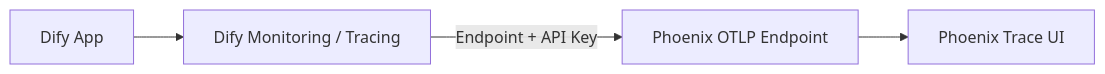
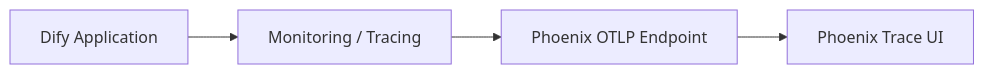
One commit to sgfd-ui/internship changed the third of 15 diagrams in weekly-report/phoenix-langfuse-research.md. Above: the diagram before and after it, drawn with Mermaid. The commit also changed other lines of this file, not shown here.

Commit message:
docs: generalize Phoenix and Langfuse research to Agent platform scope

````diff
--- a/weekly-report/phoenix-langfuse-research.md
+++ b/weekly-report/phoenix-langfuse-research.md
@@ -148,11 +120,7 @@
 ```mermaid
 flowchart LR
-    D[Dify App]
-    M[Dify Monitoring / Tracing]
-    P[Phoenix OTLP Endpoint]
-    UI[Phoenix Trace UI]
-
-    D --> M
-    M -->|Endpoint + API Key| P
-    P --> UI
+    D[Dify Application]
+    --> M[Monitoring / Tracing]
+    --> P[Phoenix OTLP Endpoint]
+    --> UI[Phoenix Trace UI]
 ```
````
